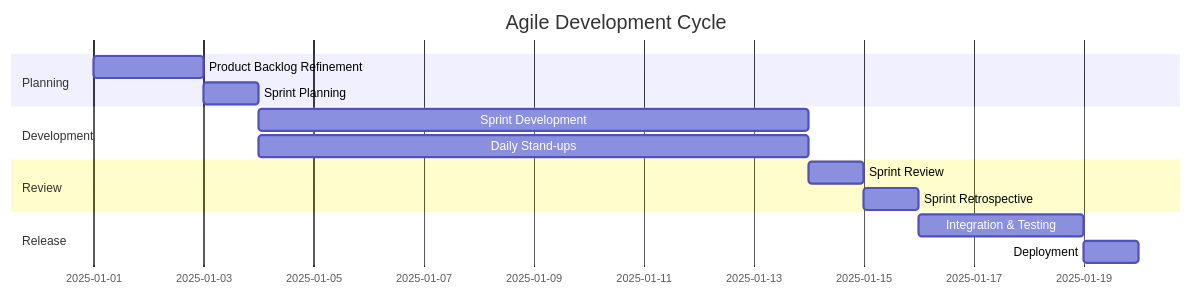
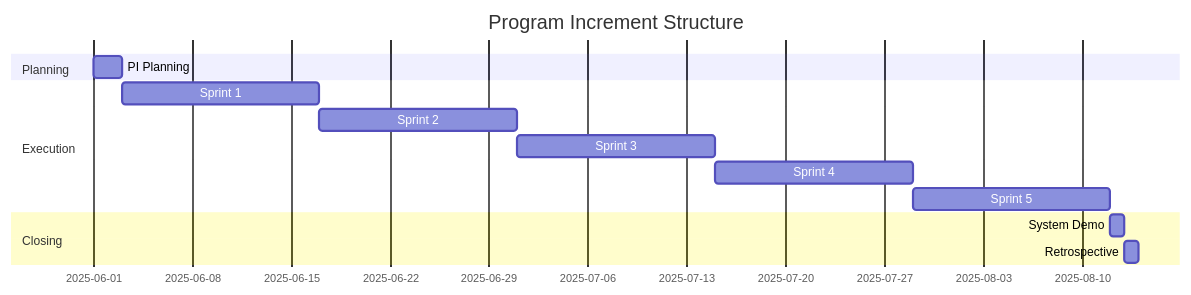
One commit to naratech-eng/researcher-platform changed the first of 2 diagrams in docs/recommendations/development-approach.md. Above: the diagram before and after it, drawn with Mermaid. The commit also changed other lines of this file and 19 other files, not shown here.

````diff
--- a/docs/recommendations/development-approach.md
+++ b/docs/recommendations/development-approach.md
@@ -91,17 +27,16 @@
 ```mermaid
 gantt
-    title Agile Development Cycle
+    title Program Increment Structure
     dateFormat  YYYY-MM-DD
     section Planning
-    Product Backlog Refinement    :a1, 2025-01-01, 2d
-    Sprint Planning              :a2, after a1, 1d
-    section Development
-    Sprint Development           :a3, after a2, 10d
-    Daily Stand-ups              :a4, after a2, 10d
-    section Review
-    Sprint Review                :a5, after a3, 1d
-    Sprint Retrospective         :a6, after a5, 1d
-    section Release
-    Integration & Testing        :a7, after a6, 3d
-    Deployment                   :a8, after a7, 1d
+    PI Planning           :a1, 2025-06-01, 2d
+    section Execution
+    Sprint 1              :a2, after a1, 14d
+    Sprint 2              :a3, after a2, 14d
+    Sprint 3              :a4, after a3, 14d
+    Sprint 4              :a5, after a4, 14d
+    Sprint 5              :a6, after a5, 14d
+    section Closing
+    System Demo           :a7, after a6, 1d
+    Retrospective         :a8, after a7, 1d
 ```
````
